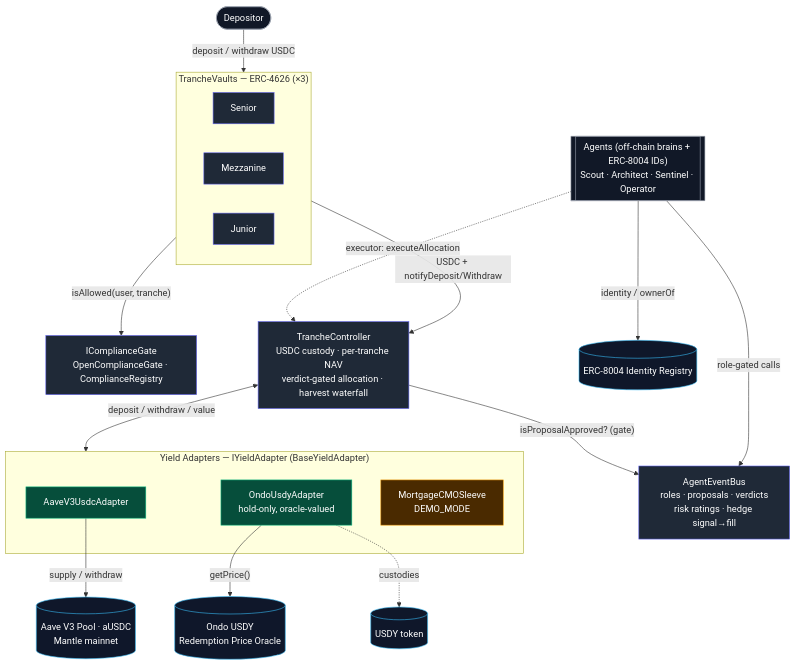
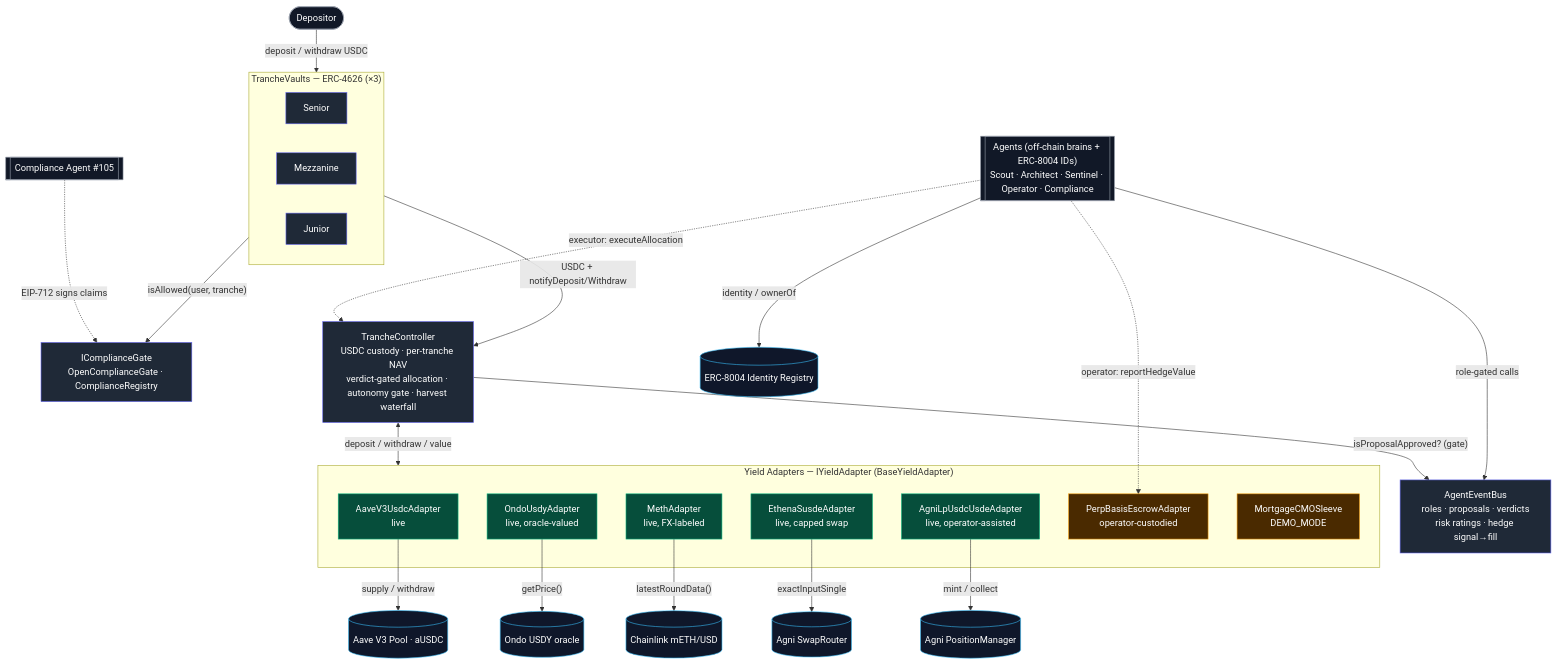
The first of 2 diagrams in contracts/ARCHITECTURE.md (prathadox/strata), drawn with Mermaid before and after one commit. The commit also changed other lines of this file and 1 other file, not shown here.

Commit message:
contracts: refresh ARCHITECTURE + add ONBOARDING handoff doc

````diff
--- a/contracts/ARCHITECTURE.md
+++ b/contracts/ARCHITECTURE.md
@@ -30,42 +36,50 @@
 ```mermaid
 flowchart TB
     User([Depositor]):::ext
 
     subgraph Vaults["TrancheVaults — ERC-4626 (×3)"]
         SV[Senior]:::core
         MV[Mezzanine]:::core
         JV[Junior]:::core
     end
 
     Gate["IComplianceGate<br/>OpenComplianceGate · ComplianceRegistry"]:::core
-    Ctrl["TrancheController<br/>USDC custody · per-tranche NAV<br/>verdict-gated allocation · harvest waterfall"]:::core
+    Ctrl["TrancheController<br/>USDC custody · per-tranche NAV<br/>verdict-gated allocation · autonomy gate · harvest waterfall"]:::core
     Bus["AgentEventBus<br/>roles · proposals · verdicts<br/>risk ratings · hedge signal→fill"]:::core
 
     subgraph Adapters["Yield Adapters — IYieldAdapter (BaseYieldAdapter)"]
-        Aave["AaveV3UsdcAdapter"]:::live
-        Ondo["OndoUsdyAdapter<br/>hold-only, oracle-valued"]:::live
+        Aave["AaveV3UsdcAdapter<br/>live"]:::live
+        Ondo["OndoUsdyAdapter<br/>live, oracle-valued"]:::live
+        Meth["MethAdapter<br/>live, FX-labeled"]:::live
+        Ethena["EthenaSusdeAdapter<br/>live, capped swap"]:::live
+        Agni["AgniLpUsdcUsdeAdapter<br/>live, operator-assisted"]:::live
+        Perp["PerpBasisEscrowAdapter<br/>operator-custodied"]:::demo
         CMO["MortgageCMOSleeve<br/>DEMO_MODE"]:::demo
     end
 
-    Agents[["Agents (off-chain brains + ERC-8004 IDs)<br/>Scout · Architect · Sentinel · Operator"]]:::ext
+    Agents[["Agents (off-chain brains + ERC-8004 IDs)<br/>Scout · Architect · Sentinel · Operator · Compliance"]]:::ext
 
     User -->|"deposit / withdraw USDC"| Vaults
     Vaults -->|"isAllowed(user, tranche)"| Gate
     Vaults -->|"USDC + notifyDeposit/Withdraw"| Ctrl
     Ctrl -->|"isProposalApproved? (gate)"| Bus
     Ctrl <-->|"deposit / withdraw / value"| Adapters
 
-    Aave -->|"supply / withdraw"| AavePool[("Aave V3 Pool · aUSDC<br/>Mantle mainnet")]:::onchain
-    Ondo -->|"getPrice()"| OndoOracle[("Ondo USDY<br/>Redemption Price Oracle")]:::onchain
-    Ondo -.->|"custodies"| USDY[("USDY token")]:::onchain
+    Aave -->|"supply / withdraw"| AavePool[("Aave V3 Pool · aUSDC")]:::onchain
+    Ondo -->|"getPrice()"| OndoOracle[("Ondo USDY oracle")]:::onchain
+    Meth -->|"latestRoundData()"| Chainlink[("Chainlink mETH/USD")]:::onchain
+    Ethena -->|"exactInputSingle"| AgniR[("Agni SwapRouter")]:::onchain
+    Agni -->|"mint / collect"| AgniPM[("Agni PositionManager")]:::onchain
 
     Agents -->|"role-gated calls"| Bus
     Agents -.->|"executor: executeAllocation"| Ctrl
+    Agents -.->|"operator: reportHedgeValue"| Perp
     Agents -->|"identity / ownerOf"| Reg[("ERC-8004 Identity Registry")]:::onchain
+    Compliance[["Compliance Agent #105"]]:::ext -.->|"EIP-712 signs claims"| Gate
 
     classDef core fill:#1f2937,stroke:#6366f1,color:#fff;
     classDef live fill:#064e3b,stroke:#10b981,color:#fff;
     classDef demo fill:#4a2a00,stroke:#f59e0b,color:#fff;
     classDef onchain fill:#0f172a,stroke:#38bdf8,color:#fff;
     classDef ext fill:#111827,stroke:#9ca3af,color:#fff;
 ```
````
